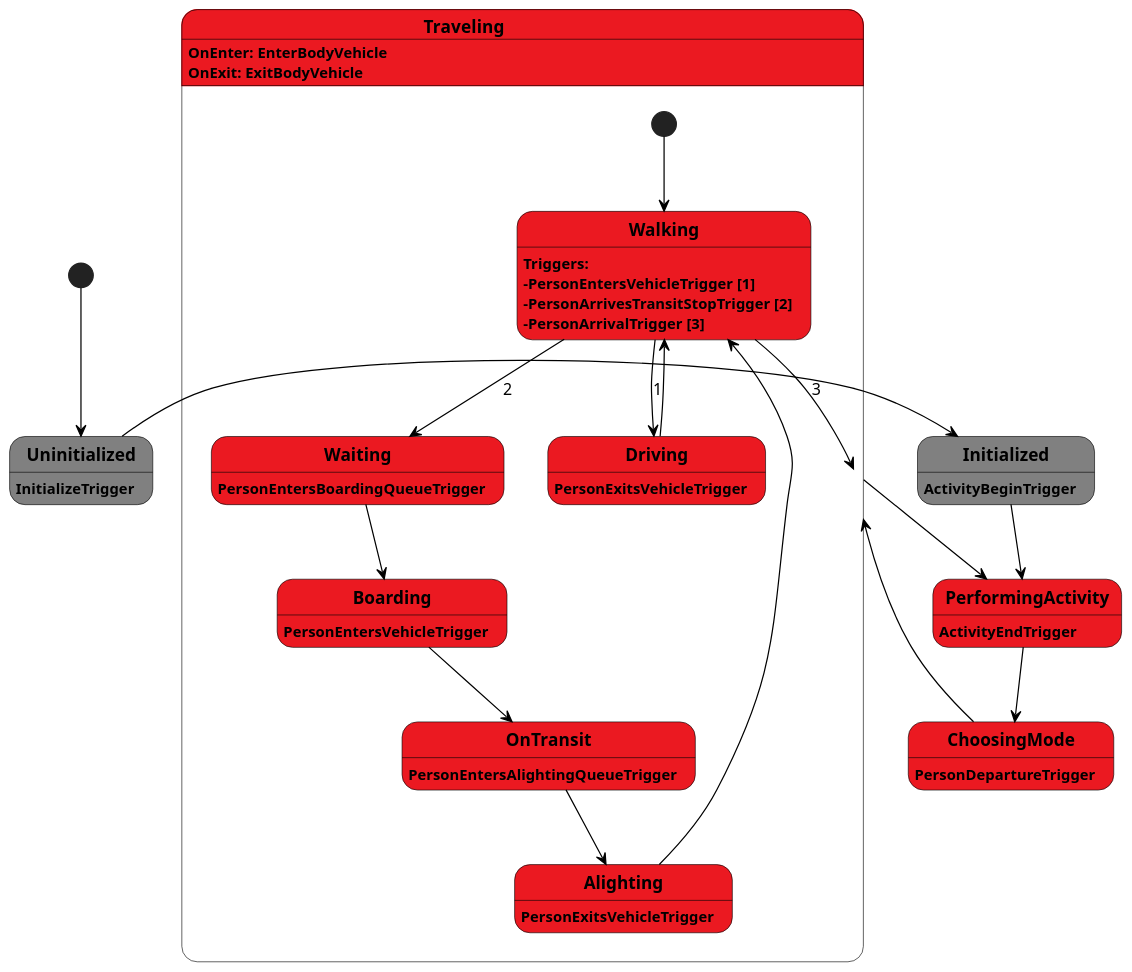
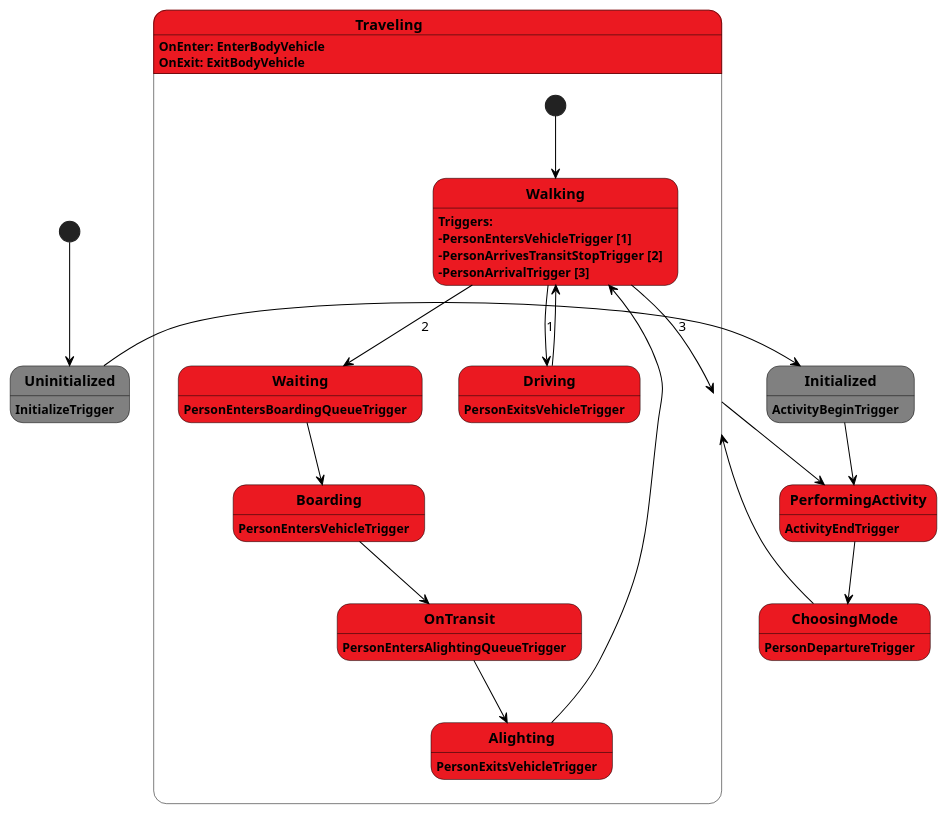
The diagram in docs/uml/PersonAgentFSM.puml (LBNL-UCB-STI/beam), drawn with PlantUML before and after one commit. The commit also changed 5 other files, not shown here.

```diff
--- a/docs/uml/PersonAgentFSM.puml
+++ b/docs/uml/PersonAgentFSM.puml
@@ -1,73 +1,73 @@
 @startuml
 
-scale 1200 width
+scale 1000 width
 skinparam stateBorderColor #black
 skinparam stateFontStyle bold
 skinparam arrowColor #black
 
 ' BeamAgent: States '
 state Uninitialized #grey
 Uninitialized: InitializeTrigger
 
 state Initialized #grey
 Initialized: ActivityBeginTrigger
 
 'BeamAgent Transitions'
 [*] --> Uninitialized
 Uninitialized -> Initialized
 
 ''''''''''''''''''''''''''
 ' PersonAgent States'
 ''''''''''''''''''''''''''
 state PerformingActivity #eb1921
 PerformingActivity: ActivityEndTrigger
 
 state ChoosingMode #eb1921
 ChoosingMode: PersonDepartureTrigger
 
 state Traveling #eb1921{
     Traveling: OnEnter: EnterBodyVehicle
     Traveling: OnExit: ExitBodyVehicle
 
     state Walking #eb1921{
         Walking: Triggers:
         Walking: -PersonEntersVehicleTrigger [1]
         Walking: -PersonArrivesTransitStopTrigger [2]
         Walking: -PersonArrivalTrigger [3]
     }
     state Driving #eb1921{
         Driving: PersonExitsVehicleTrigger
     }
     state Waiting #eb1921{
         Waiting: PersonEntersBoardingQueueTrigger
     }
     state Boarding #eb1921{
         Boarding: PersonEntersVehicleTrigger
     }
     state OnTransit #eb1921{
         OnTransit: PersonEntersAlightingQueueTrigger
     }
     state Alighting #eb1921{
         Alighting: PersonExitsVehicleTrigger
     }
 
     [*] --> Walking
     Walking --> Driving: 1
     Walking --> Waiting: 2
     Waiting --> Boarding
     Boarding --> OnTransit
     OnTransit --> Alighting
     Alighting --> Walking
     Driving --> Walking
 }
 
 ''''''''''''''''''''''''''
 ' PersonAgent Transitions'
 ''''''''''''''''''''''''''
 Initialized --> PerformingActivity
 PerformingActivity --> ChoosingMode
 Traveling --> PerformingActivity
 ChoosingMode --> Traveling
 Walking --> Traveling: 3
 
 @enduml
```
